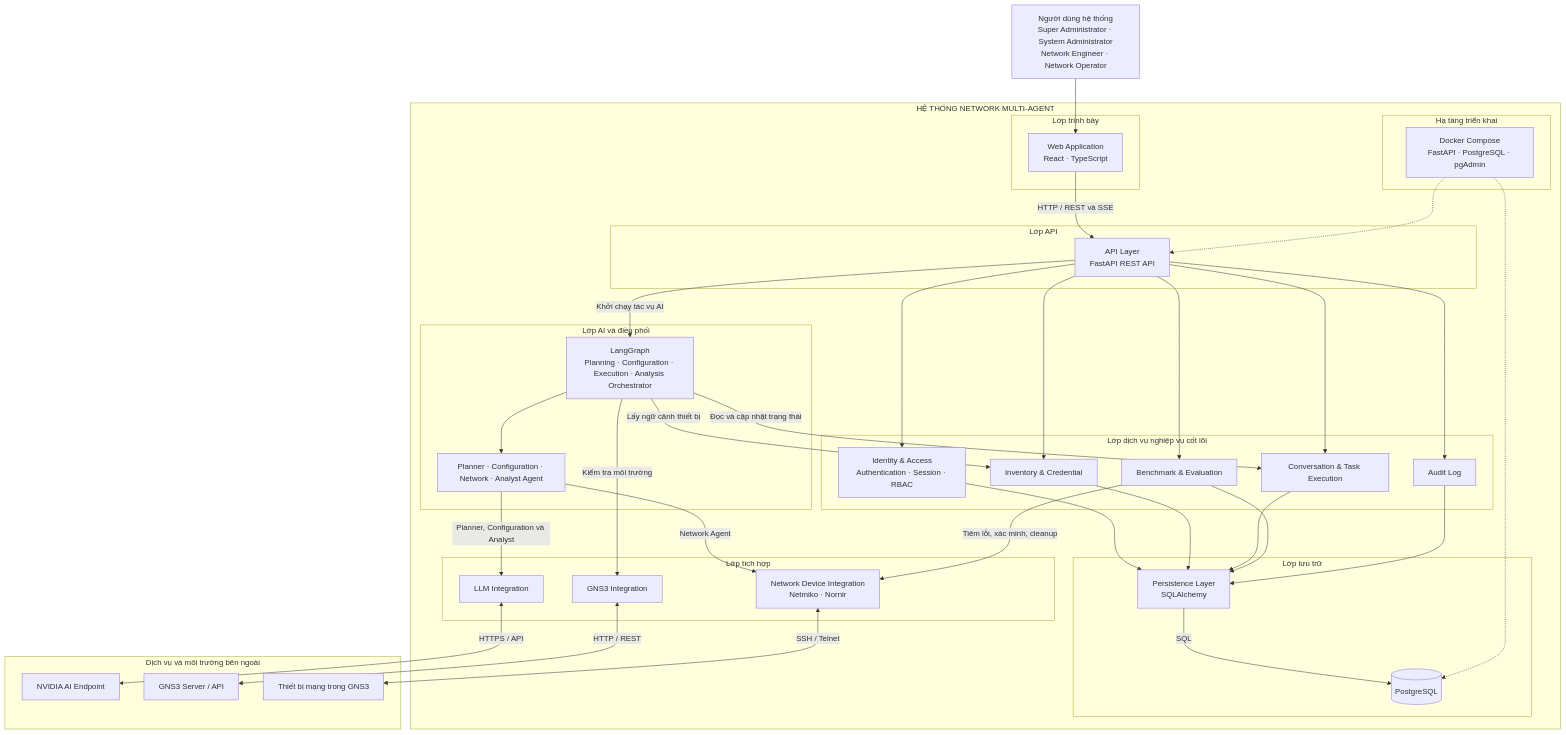
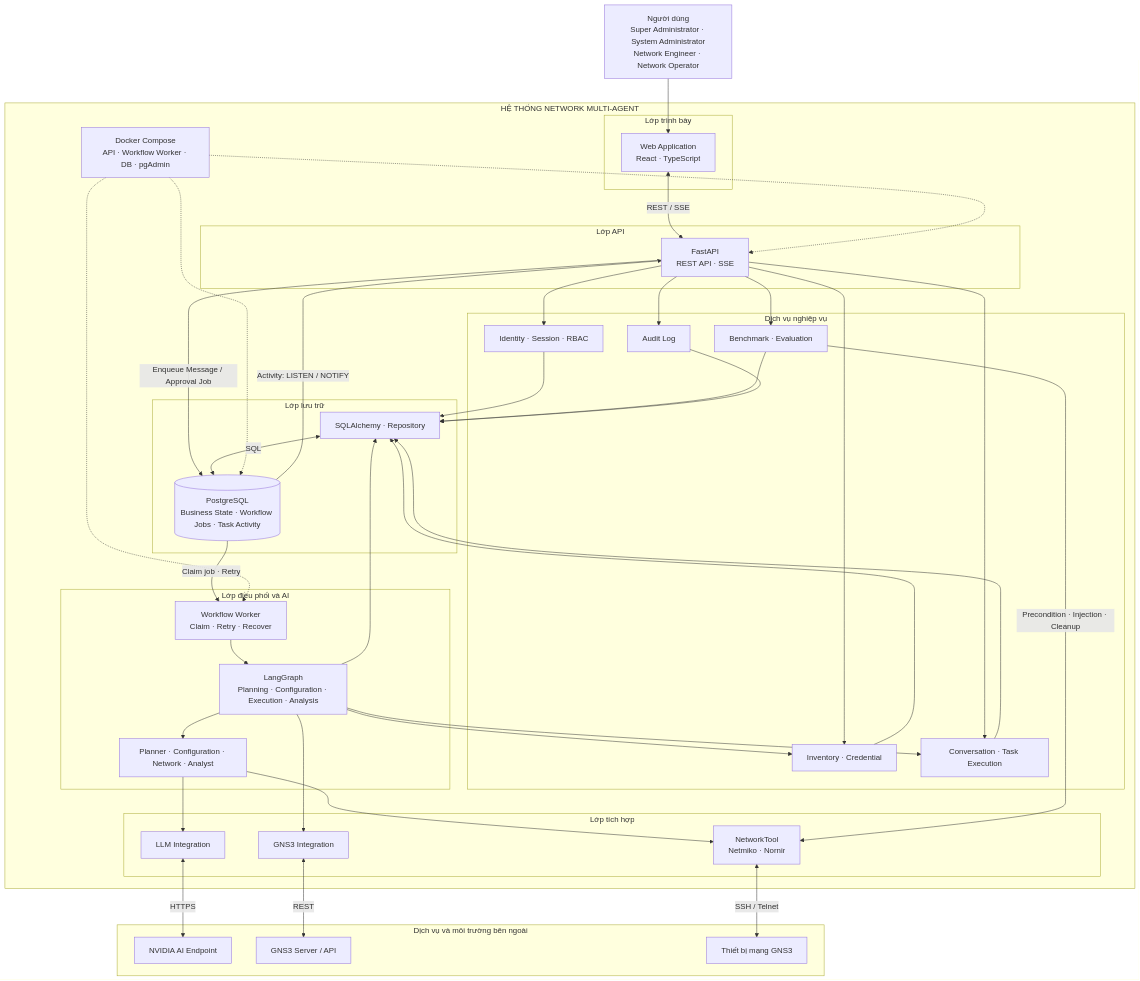
One commit to mujin0422/network-multi-agent-system-backend changed the second of 12 diagrams in docs/reports/report-end-of-term.md. Above: the diagram before and after it, drawn with Mermaid. The commit also changed other lines of this file, not shown here.

Commit message:
docs(report): align architecture diagram, worker lifecycle and GOAL/TSR semantics

````diff
--- a/docs/reports/report-end-of-term.md
+++ b/docs/reports/report-end-of-term.md
@@ -633,79 +633,70 @@
 ```mermaid
 flowchart TB
-    ACTOR["Người dùng hệ thống<br/>Super Administrator · System Administrator<br/>Network Engineer · Network Operator"]
-
+    ACTOR["Người dùng<br/>Super Administrator · System Administrator<br/>Network Engineer · Network Operator"]
     subgraph SYSTEM["HỆ THỐNG NETWORK MULTI-AGENT"]
         subgraph PRESENTATION["Lớp trình bày"]
             FE["Web Application<br/>React · TypeScript"]
         end
-
         subgraph API_LAYER["Lớp API"]
-            API["API Layer<br/>FastAPI REST API"]
+            API["FastAPI<br/>REST API · SSE"]
         end
-
-        subgraph CORE["Lớp dịch vụ nghiệp vụ cốt lõi"]
-            IDENTITY["Identity & Access<br/>Authentication · Session · RBAC"]
-            INVENTORY["Inventory & Credential"]
-            OPERATIONS["Conversation & Task Execution"]
-            BENCHMARK["Benchmark & Evaluation"]
+        subgraph CORE["Dịch vụ nghiệp vụ"]
+            IDENTITY["Identity · Session · RBAC"]
+            INVENTORY["Inventory · Credential"]
+            EXEC_DOMAIN["Conversation · Task Execution"]
+            BENCHMARK["Benchmark · Evaluation"]
             AUDIT["Audit Log"]
         end
-
-        subgraph AI["Lớp AI và điều phối"]
-            ORCHESTRATION["LangGraph<br/>Planning · Configuration · Execution · Analysis Orchestrator"]
-            AGENTS["Planner · Configuration · Network · Analyst Agent"]
+        subgraph AI["Lớp điều phối và AI"]
+            WORKER["Workflow Worker<br/>Claim · Retry · Recover"]
+            GRAPH["LangGraph<br/>Planning · Configuration · Execution · Analysis"]
+            AGENTS["Planner · Configuration · Network · Analyst"]
         end
-
         subgraph INTEGRATION["Lớp tích hợp"]
             LLMINT["LLM Integration"]
             GNS3INT["GNS3 Integration"]
-            NETINT["Network Device Integration<br/>Netmiko · Nornir"]
+            NETINT["NetworkTool<br/>Netmiko · Nornir"]
         end
-
         subgraph DATA["Lớp lưu trữ"]
-            PERSISTENCE["Persistence Layer<br/>SQLAlchemy"]
-            DB[("PostgreSQL")]
+            PERSISTENCE["SQLAlchemy · Repository"]
+            DB[("PostgreSQL<br/>Business State · Workflow Jobs · Task Activity")]
         end
-
-        subgraph INFRASTRUCTURE["Hạ tầng triển khai"]
-            DEPLOY["Docker Compose<br/>FastAPI · PostgreSQL · pgAdmin"]
-        end
-
-        FE -->|HTTP / REST và SSE| API
-        API --> IDENTITY
-        API --> INVENTORY
-        API --> OPERATIONS
-        API --> BENCHMARK
-        API --> AUDIT
-        API -->|Khởi chạy tác vụ AI| ORCHESTRATION
-
-        ORCHESTRATION --> AGENTS
-        ORCHESTRATION -->|Đọc và cập nhật trạng thái| OPERATIONS
-        ORCHESTRATION -->|Lấy ngữ cảnh thiết bị| INVENTORY
-        AGENTS -->|Planner, Configuration và Analyst| LLMINT
-        ORCHESTRATION -->|Kiểm tra môi trường| GNS3INT
-        AGENTS -->|Network Agent| NETINT
-        BENCHMARK -->|Tiêm lỗi, xác minh, cleanup| NETINT
-
-        IDENTITY --> PERSISTENCE
-        INVENTORY --> PERSISTENCE
-        OPERATIONS --> PERSISTENCE
-        BENCHMARK --> PERSISTENCE
-        AUDIT --> PERSISTENCE
-        PERSISTENCE -->|SQL| DB
-
-        DEPLOY -.-> API
-        DEPLOY -.-> DB
+        DEPLOY["Docker Compose<br/>API · Workflow Worker · DB · pgAdmin"]
     end
-
     subgraph EXTERNAL["Dịch vụ và môi trường bên ngoài"]
         LLM["NVIDIA AI Endpoint"]
         GNS3["GNS3 Server / API"]
-        DEV["Thiết bị mạng trong GNS3"]
+        DEV["Thiết bị mạng GNS3"]
     end
-
     ACTOR --> FE
-    LLMINT <-->|HTTPS / API| LLM
-    GNS3INT <-->|HTTP / REST| GNS3
+    FE <-->|REST / SSE| API
+    API --> IDENTITY
+    API --> INVENTORY
+    API --> EXEC_DOMAIN
+    API --> BENCHMARK
+    API --> AUDIT
+    API -->|"Enqueue Message / Approval Job"| DB
+    DB -->|"Claim job · Retry"| WORKER
+    WORKER --> GRAPH
+    GRAPH --> AGENTS
+    GRAPH --> EXEC_DOMAIN
+    GRAPH --> INVENTORY
+    GRAPH --> GNS3INT
+    AGENTS --> LLMINT
+    AGENTS --> NETINT
+    BENCHMARK -->|"Precondition · Injection · Cleanup"| NETINT
+    IDENTITY --> PERSISTENCE
+    INVENTORY --> PERSISTENCE
+    EXEC_DOMAIN --> PERSISTENCE
+    BENCHMARK --> PERSISTENCE
+    AUDIT --> PERSISTENCE
+    GRAPH --> PERSISTENCE
+    PERSISTENCE <-->|SQL| DB
+    DB -->|"Activity: LISTEN / NOTIFY"| API
+    DEPLOY -.-> API
+    DEPLOY -.-> WORKER
+    DEPLOY -.-> DB
+    LLMINT <-->|HTTPS| LLM
+    GNS3INT <-->|REST| GNS3
     NETINT <-->|SSH / Telnet| DEV
 ```
````
